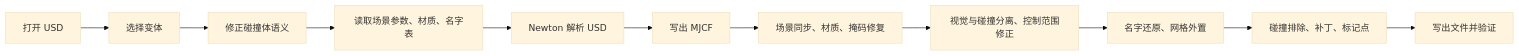
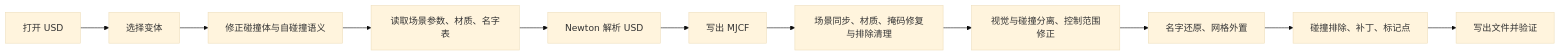
Before and after one commit to fiveages-sim/usd2mjcf: the diagram in doc/conversion.md, drawn with Mermaid (base theme). The commit also changed other lines of this file and 17 other files, not shown here.

````diff
--- a/doc/conversion.md
+++ b/doc/conversion.md
@@ -7,13 +7,13 @@
 ```mermaid
 flowchart LR
   A["打开 USD"] --> B["选择变体"]
-  B --> C["修正碰撞体语义"]
+  B --> C["修正碰撞体与自碰撞语义"]
   C --> D["读取场景参数、材质、名字表"]
   D --> E["Newton 解析 USD"]
   E --> F["写出 MJCF"]
-  F --> G["场景同步、材质、掩码修复"]
+  F --> G["场景同步、材质、掩码修复与排除清理"]
   G --> H["视觉与碰撞分离、控制范围修正"]
   H --> I["名字还原、网格外置"]
   I --> J["碰撞排除、补丁、标记点"]
   J --> K["写出文件并验证"]
 ```
````
